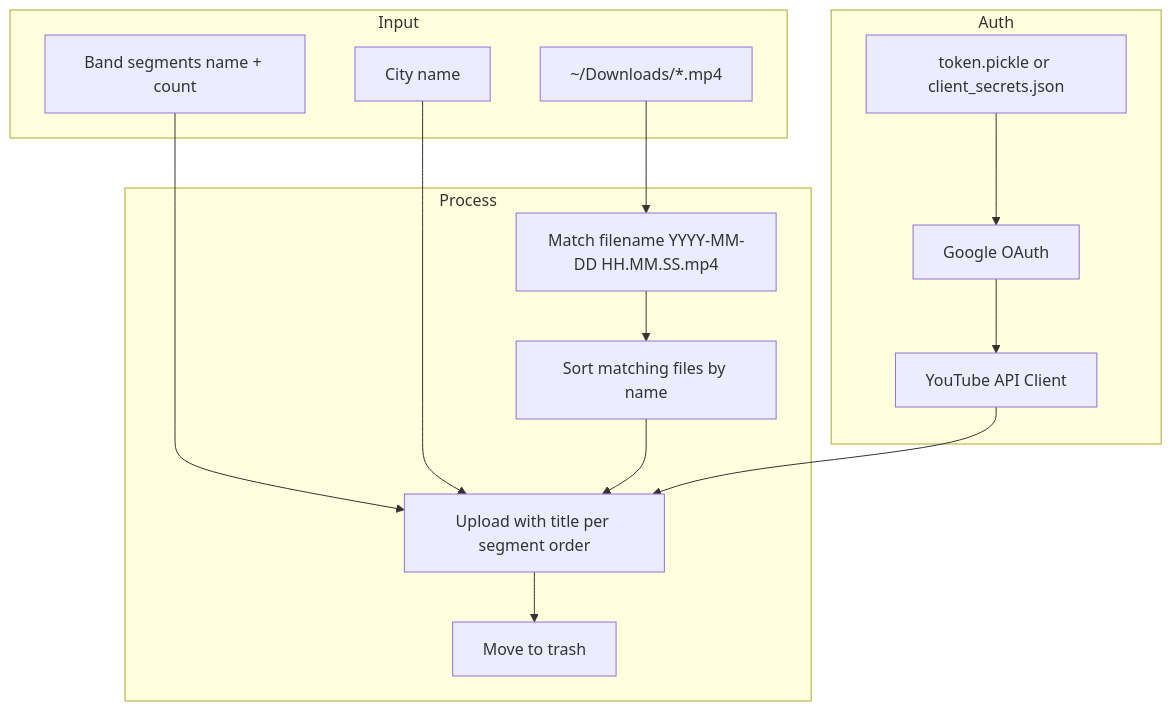
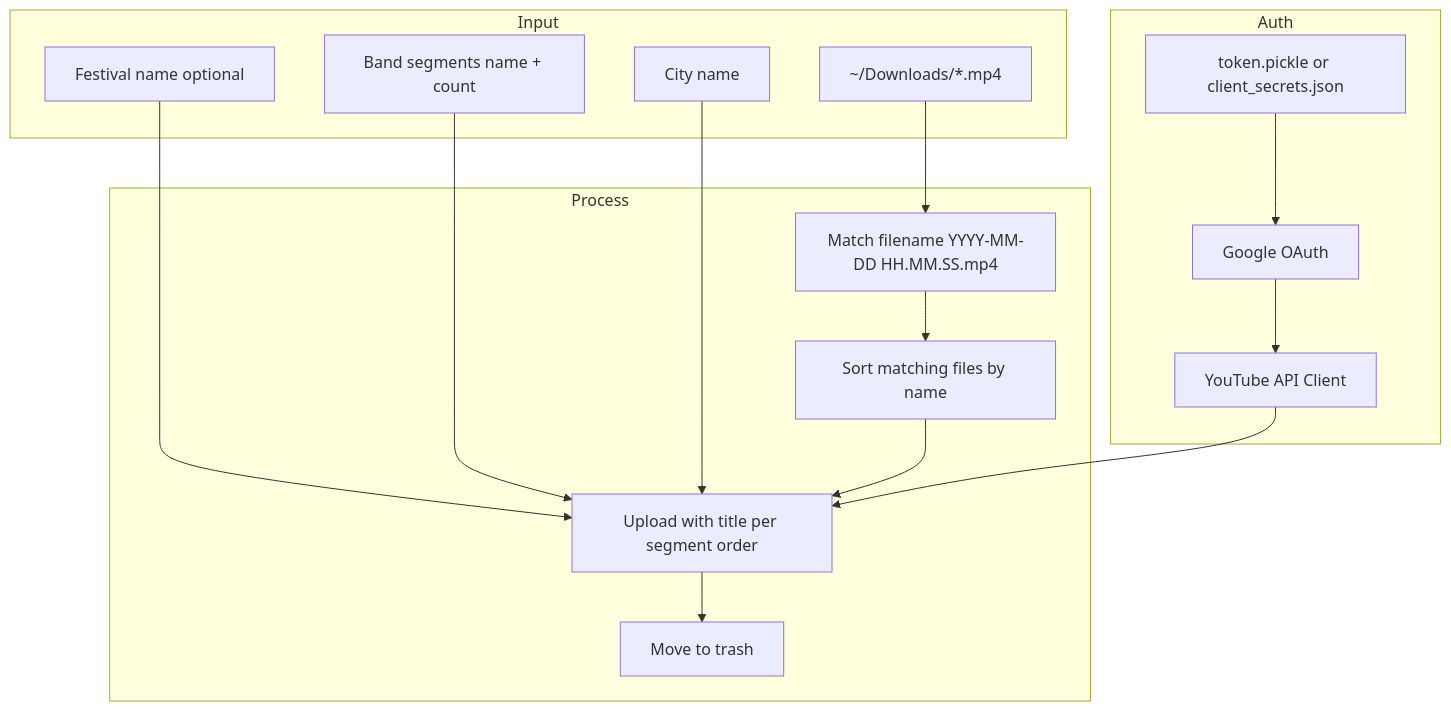
The diagram in docs/ARCHITECTURE.md (alexandreoliv/youtube-uploader), drawn with Mermaid before and after one commit. The commit also changed other lines of this file and 5 other files, not shown here.

Commit message:
Add optional festival name and @ suffix to upload titles

````diff
--- a/docs/ARCHITECTURE.md
+++ b/docs/ARCHITECTURE.md
@@ -31,31 +33,33 @@
 ```mermaid
 flowchart TD
     subgraph Input
         A[~/Downloads/*.mp4]
+        Fest[Festival name optional]
         B[Band segments name + count]
         C[City name]
     end
 
     subgraph Auth
         D[token.pickle or client_secrets.json]
         E[Google OAuth]
         F[YouTube API Client]
     end
 
     subgraph Process
         G[Match filename YYYY-MM-DD HH.MM.SS.mp4]
         H[Sort matching files by name]
         I[Upload with title per segment order]
         J[Move to trash]
     end
 
     A --> G
     G --> H
+    Fest --> I
     B --> I
     C --> I
     D --> E
     E --> F
     H --> I
     F --> I
     I --> J
 ```
````
